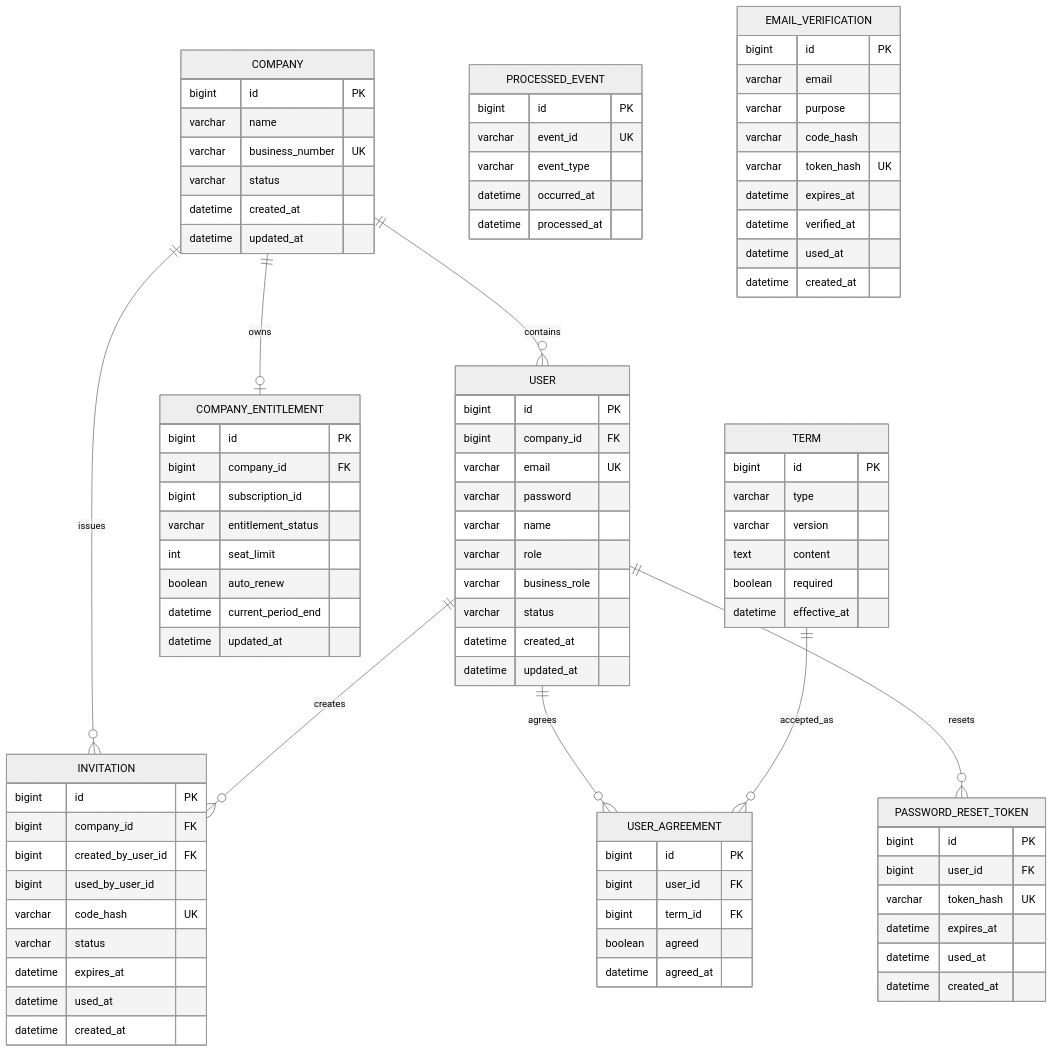
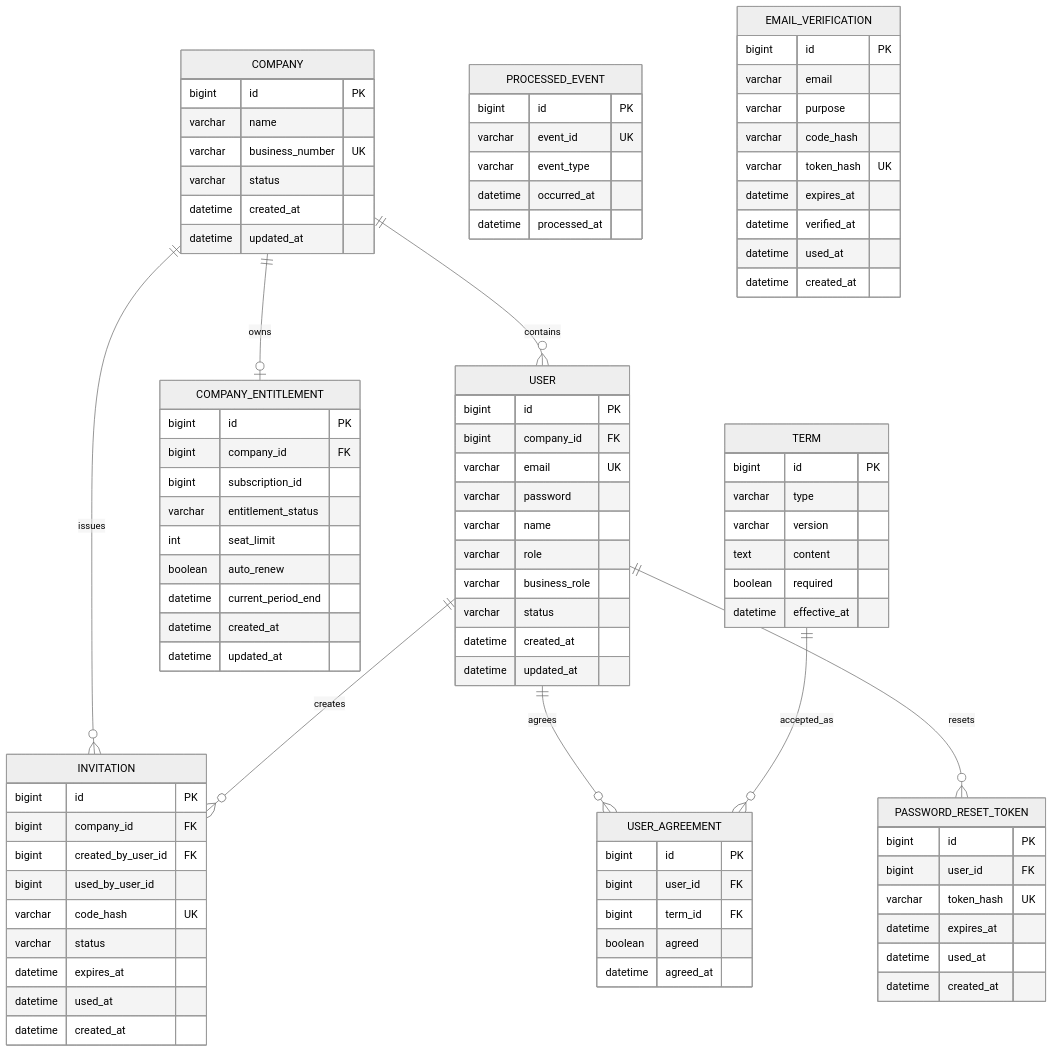
The second of 6 diagrams in docs/erd.md (skala-msa-team/linguaroute-msa), drawn with Mermaid (neutral theme) before and after one commit. The commit also changed other lines of this file and 46 other files, not shown here.

```diff
--- a/docs/erd.md
+++ b/docs/erd.md
@@ -99,6 +99,7 @@
         int seat_limit
         boolean auto_renew
         datetime current_period_end
+        datetime created_at
         datetime updated_at
     }
 
```
